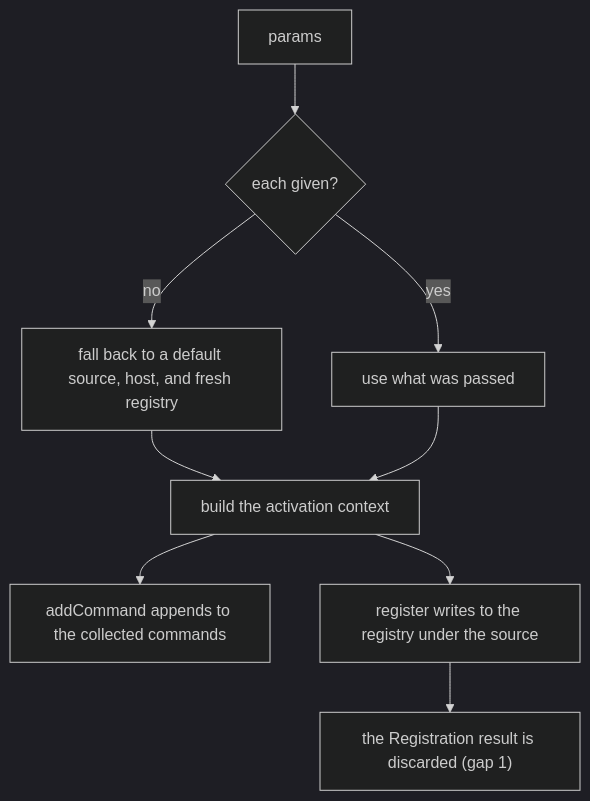
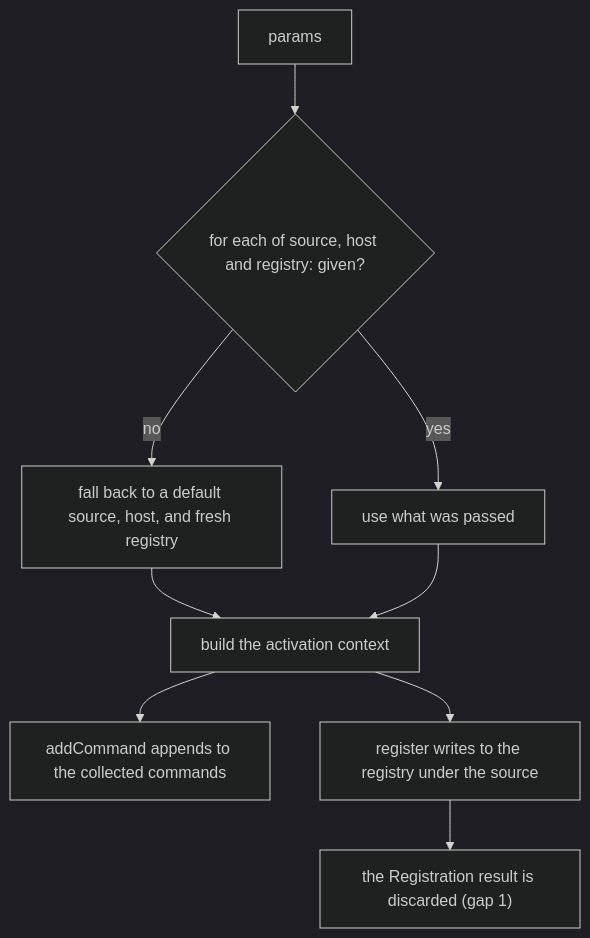
One commit to clibuilder/clibuilder changed the second of 4 diagrams in packages/clibuilder/.agents/spec/testing/README.md. Above: the diagram before and after it, drawn with Mermaid (dark theme). The commit also changed other lines of this file, not shown here.

First line of the commit message:
docs(clibuilder): give testing's UC4 an actor and a drawn graph

````diff
--- a/packages/clibuilder/.agents/spec/testing/README.md
+++ b/packages/clibuilder/.agents/spec/testing/README.md
@@ -166,11 +171,11 @@
 ```mermaid
 graph TD
-  P[params] --> D{each given?}
+  P[params] --> D{"for each of source, host and registry: given?"}
   D -- no --> DEF[fall back to a default source, host, and fresh registry]
   D -- yes --> USE[use what was passed]
   DEF --> C[build the activation context]
   USE --> C
   C --> AC[addCommand appends to the collected commands]
   C --> RG[register writes to the registry under the source]
   RG --> RES["the Registration result is discarded (gap 1)"]
 ```
````
